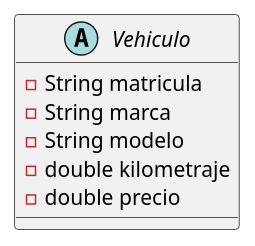
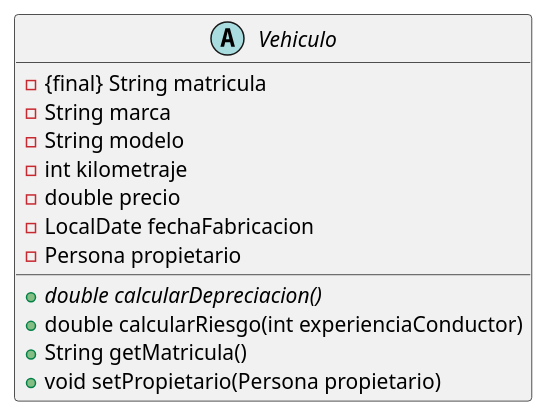
The diagram in uml/Vehiculo.puml (MsC254/UT5_ED_Prog), drawn with PlantUML before and after one commit. The commit also changed 12 other files, not shown here.

Commit message:
Actualización de diagramas UML y archivos .puml

```diff
--- a/uml/Vehiculo.puml
+++ b/uml/Vehiculo.puml
@@ -1,9 +1,15 @@
 @startuml
 abstract class Vehiculo {
-  - String matricula
-  - String marca
-  - String modelo
-  - double kilometraje
-  - double precio
+    - {final} String matricula
+    - String marca
+    - String modelo
+    - int kilometraje
+    - double precio
+    - LocalDate fechaFabricacion
+    - Persona propietario
+    + {abstract} double calcularDepreciacion()
+    + double calcularRiesgo(int experienciaConductor)
+    + String getMatricula()
+    + void setPropietario(Persona propietario)
 }
 @enduml
```
